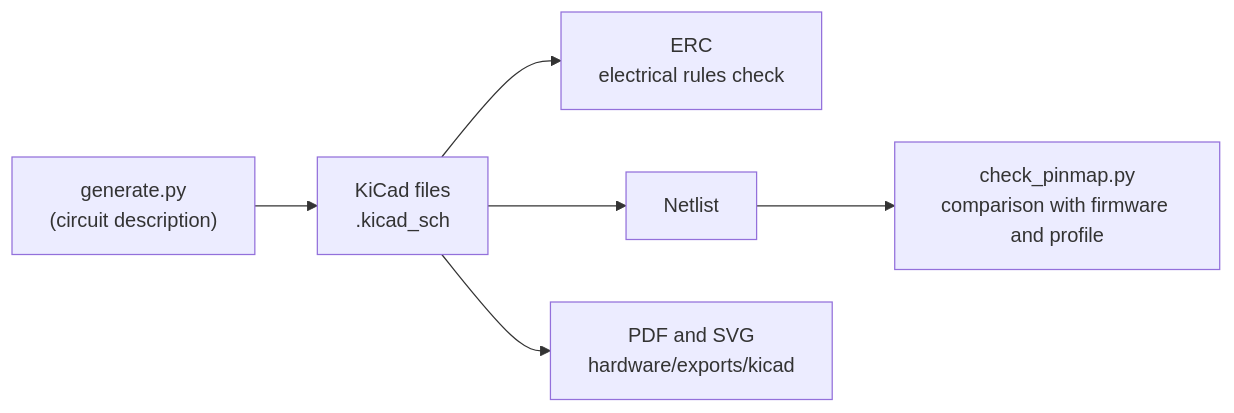
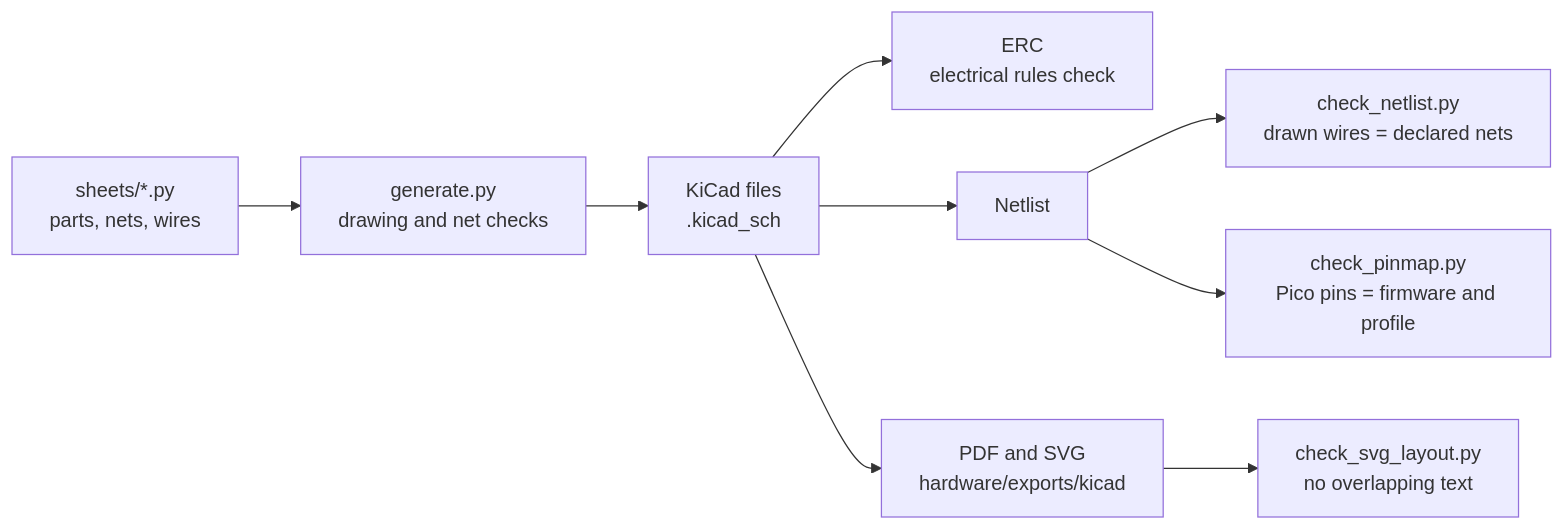
Before and after one commit to frascella-dev/tdm-dash: the first of 3 diagrams in docs/manual/04-schematics.md, drawn with Mermaid. The commit also changed other lines of this file and 7 other files, not shown here.

First line of the commit message:
Docs: drawn schematic, dimensioned drawings, harness names

````diff
--- a/docs/manual/04-schematics.md
+++ b/docs/manual/04-schematics.md
@@ -7,8 +7,11 @@
 ```mermaid
 flowchart LR
-  G["generate.py<br/>(circuit description)"] --> S["KiCad files<br/>.kicad_sch"]
-  S --> E["ERC<br/>electrical rules check"]
-  S --> N["Netlist"]
-  N --> C["check_pinmap.py<br/>comparison with firmware and profile"]
-  S --> X["PDF and SVG<br/>hardware/exports/kicad"]
+  S["sheets/*.py<br/>parts, nets, wires"] --> G["generate.py<br/>drawing and net checks"]
+  G --> K["KiCad files<br/>.kicad_sch"]
+  K --> E["ERC<br/>electrical rules check"]
+  K --> N["Netlist"]
+  N --> C1["check_netlist.py<br/>drawn wires = declared nets"]
+  N --> C2["check_pinmap.py<br/>Pico pins = firmware and profile"]
+  K --> X["PDF and SVG<br/>hardware/exports/kicad"]
+  X --> C3["check_svg_layout.py<br/>no overlapping text"]
 ```
````
